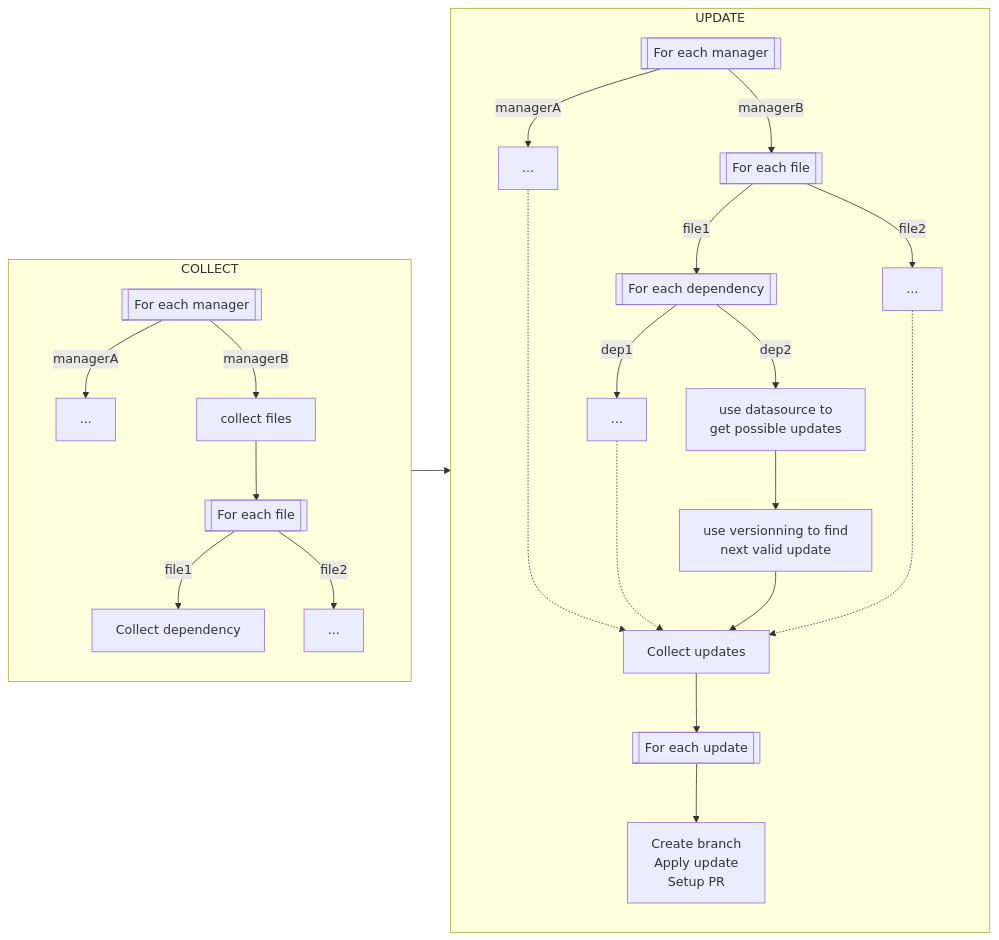
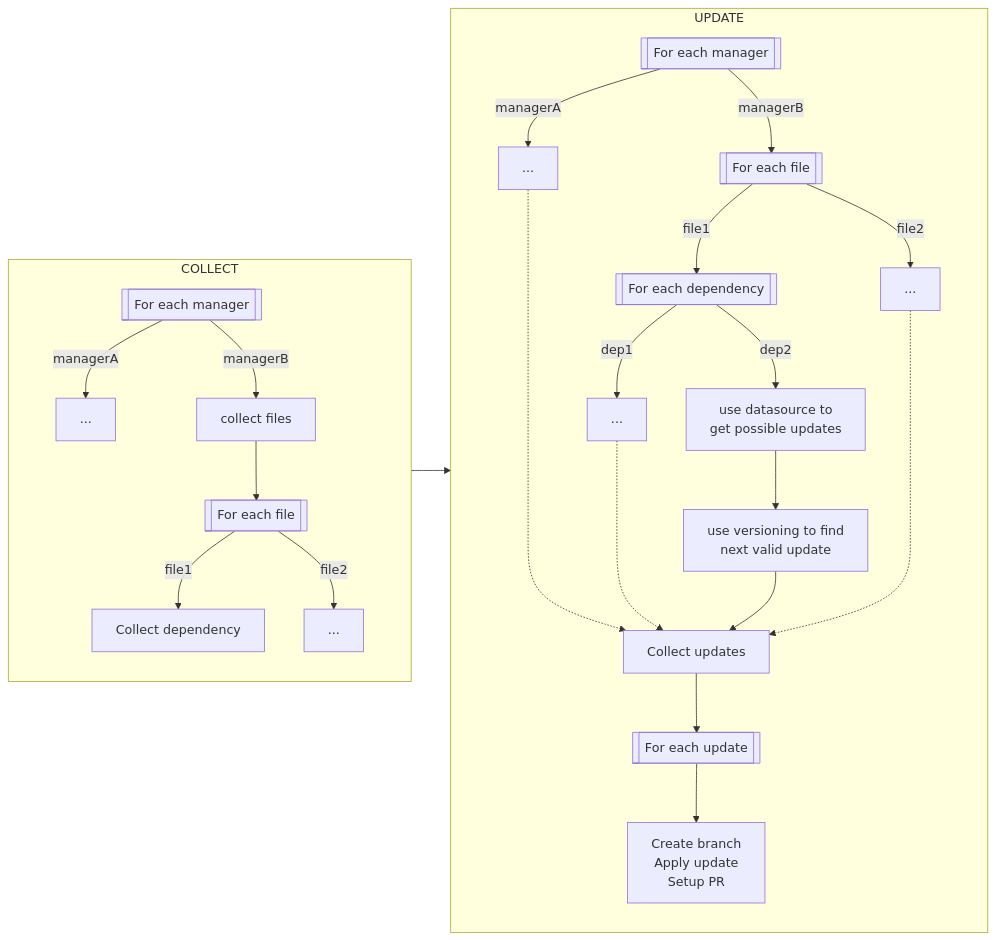
One commit to renovatebot/renovate changed the first of 2 diagrams in docs/usage/key-concepts/how-it-works.md. Above: the diagram before and after it, drawn with Mermaid. The commit also changed other lines of this file and 1 other file, not shown here.

````diff
--- a/docs/usage/key-concepts/how-it-works.md
+++ b/docs/usage/key-concepts/how-it-works.md
@@ -36,43 +41,43 @@
 ```mermaid
 flowchart LR
   subgraph COLLECT
     direction TB
     CC[[For each manager]]
     CC -->|managerA| CD["..."]
     CC -->|managerB| CCF["collect files"]
 
     CCF --> CFEF[[For each file]]
 
     CFEF -->|file1| CCD1[Collect dependency]
     CFEF -->|file2| CCD2[...]
   end
 
   subgraph UPDATE
     direction TB
 
     UC[[For each manager]]
     UC -->|managerA| UD["..."]
     UC -->|managerB| UFEF[[For each file]]
 
     UFEF -->|file1| FED[[For each dependency]]
     UFEF -->|file2| FED2[...]
 
 
     FED -->|dep1| D1[...]
     D1 -..-> CU
     FED -->|dep2| D2[use datasource to\n get possible updates]
-    D2 --> J[use versionning to find \n next valid update]
+    D2 --> J[use versioning to find \n next valid update]
 
     FED2 -...-> CU
 
     UD -....-> CU
     J --> CU[Collect updates]
 
     CU --> FEU[[For each update]]
 
     FEU --> AU[Create branch\nApply update\nSetup PR]
 
   end
 
   COLLECT --> UPDATE
 ```
````
